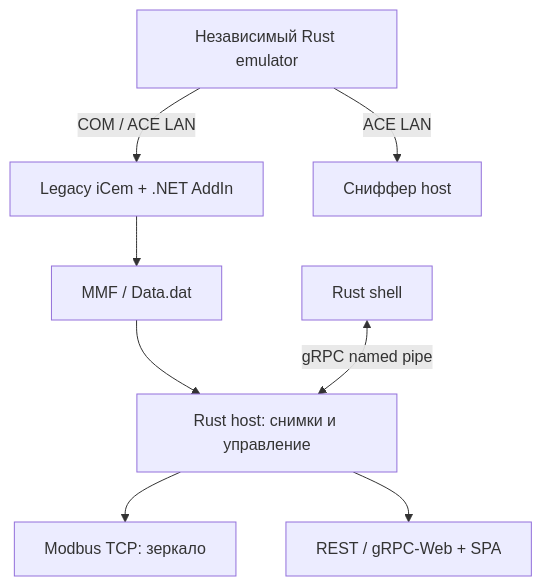
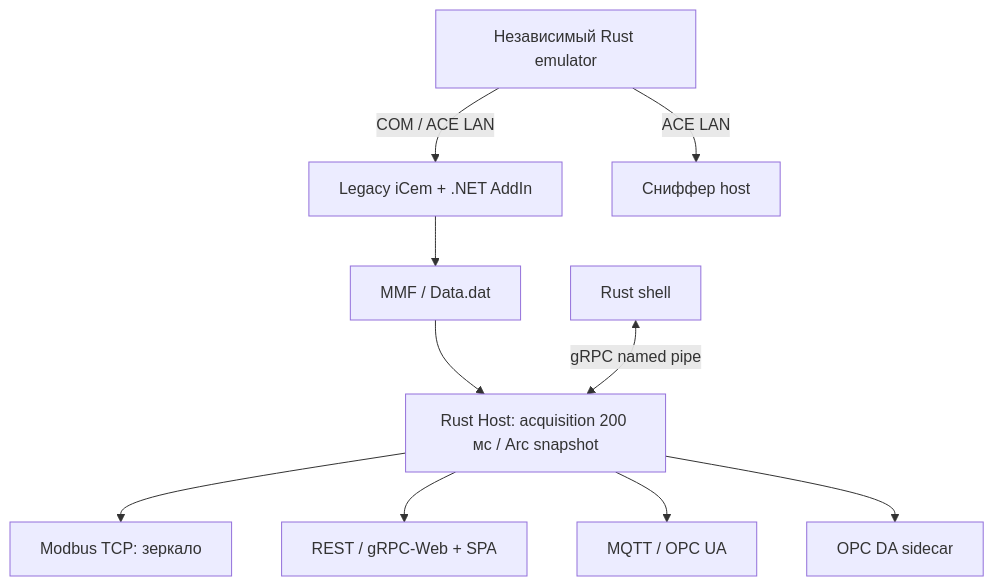
One commit to boogy777-lgtm/iCemDataMonitor changed the diagram in rust/docs/ARCHITECTURE.ru.md. Above: the diagram before and after it, drawn with Mermaid. The commit also changed other lines of this file and 65 other files, not shown here.

Commit message:
docs: finalize software architecture, operator guidance and legacy retirement

````diff
--- a/rust/docs/ARCHITECTURE.ru.md
+++ b/rust/docs/ARCHITECTURE.ru.md
@@ -19,10 +28,12 @@
 ```mermaid
 flowchart TD
   A["Legacy iCem + .NET AddIn"] --> B["MMF / Data.dat"]
-  B --> H["Rust host: снимки и управление"]
+  B --> H["Rust Host: acquisition 200 мс / Arc snapshot"]
   H --> M["Modbus TCP: зеркало"]
   H --> W["REST / gRPC-Web + SPA"]
+  H --> Q["MQTT / OPC UA"]
+  H --> D["OPC DA sidecar"]
   S["Rust shell"] <-->|"gRPC named pipe"| H
   E["Независимый Rust emulator"] -->|"COM / ACE LAN"| A
   E -->|"ACE LAN"| N["Сниффер host"]
 ```
````
